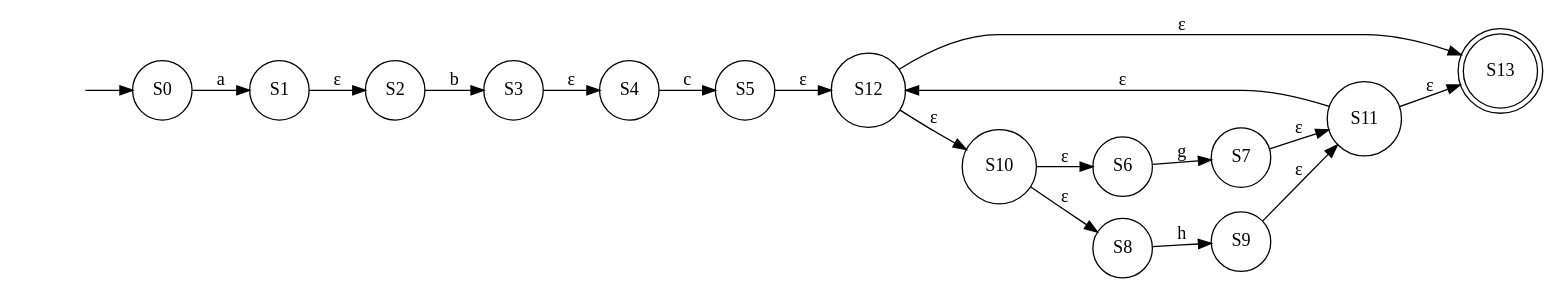
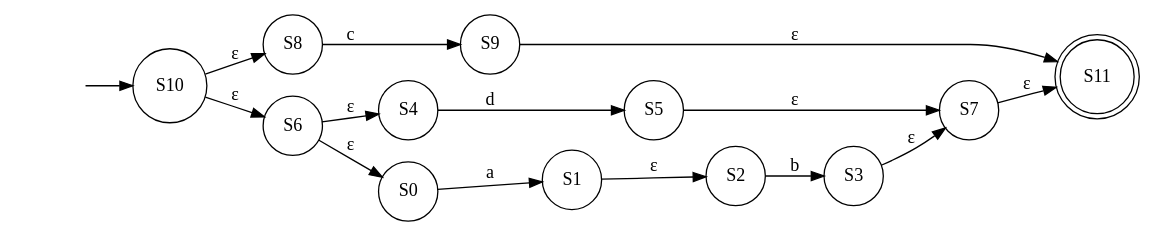
Before and after one commit to youssefhassan01/Compilers_Assignment: the diagram in NFA.gv, drawn with Graphviz. The commit also changed 4 other files, not shown here.

```diff
--- a/NFA.gv
+++ b/NFA.gv
@@ -1,35 +1,30 @@
 digraph NFA {
 	graph [rankdir=LR]
 	"" [label="" shape=plaintext]
-	S13 [label=S13 shape=doublecircle]
+	S11 [label=S11 shape=doublecircle]
+	S8 [label=S8 shape=circle]
+	S7 [label=S7 shape=circle]
 	S4 [label=S4 shape=circle]
 	S10 [label=S10 shape=circle]
-	S7 [label=S7 shape=circle]
-	S0 [label=S0 shape=circle]
 	S9 [label=S9 shape=circle]
-	S8 [label=S8 shape=circle]
-	S3 [label=S3 shape=circle]
 	S1 [label=S1 shape=circle]
 	S2 [label=S2 shape=circle]
 	S6 [label=S6 shape=circle]
+	S3 [label=S3 shape=circle]
+	S0 [label=S0 shape=circle]
 	S5 [label=S5 shape=circle]
-	S11 [label=S11 shape=circle]
-	S12 [label=S12 shape=circle]
-	"" -> S0 [label=""]
+	"" -> S10 [label=""]
 	S0 -> S1 [label=a]
 	S1 -> S2 [label="ε"]
 	S2 -> S3 [label=b]
-	S3 -> S4 [label="ε"]
-	S4 -> S5 [label=c]
-	S5 -> S12 [label="ε"]
-	S6 -> S7 [label=g]
+	S3 -> S7 [label="ε"]
+	S4 -> S5 [label=d]
+	S5 -> S7 [label="ε"]
+	S6 -> S0 [label="ε"]
+	S6 -> S4 [label="ε"]
 	S7 -> S11 [label="ε"]
-	S8 -> S9 [label=h]
+	S8 -> S9 [label=c]
 	S9 -> S11 [label="ε"]
+	S10 -> S8 [label="ε"]
 	S10 -> S6 [label="ε"]
-	S10 -> S8 [label="ε"]
-	S11 -> S12 [label="ε"]
-	S11 -> S13 [label="ε"]
-	S12 -> S10 [label="ε"]
-	S12 -> S13 [label="ε"]
 }
```
